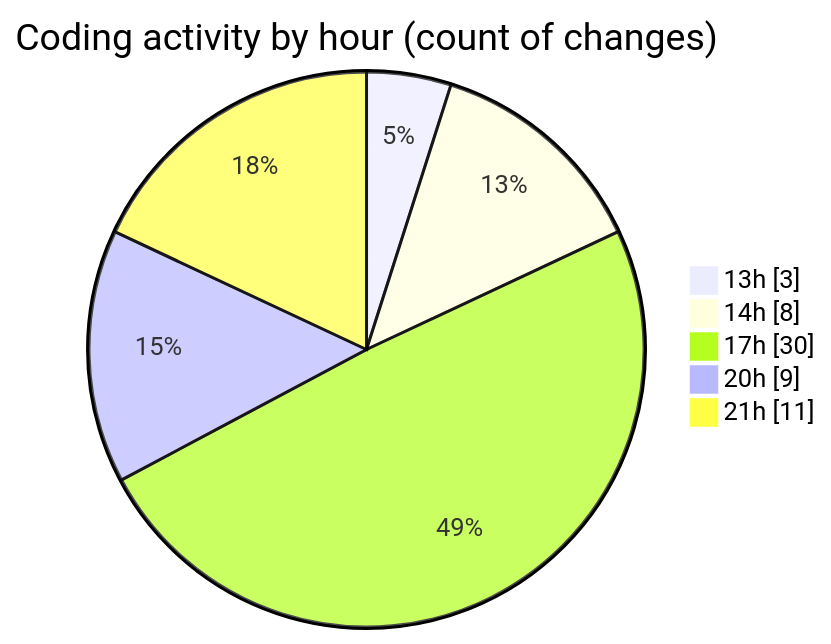
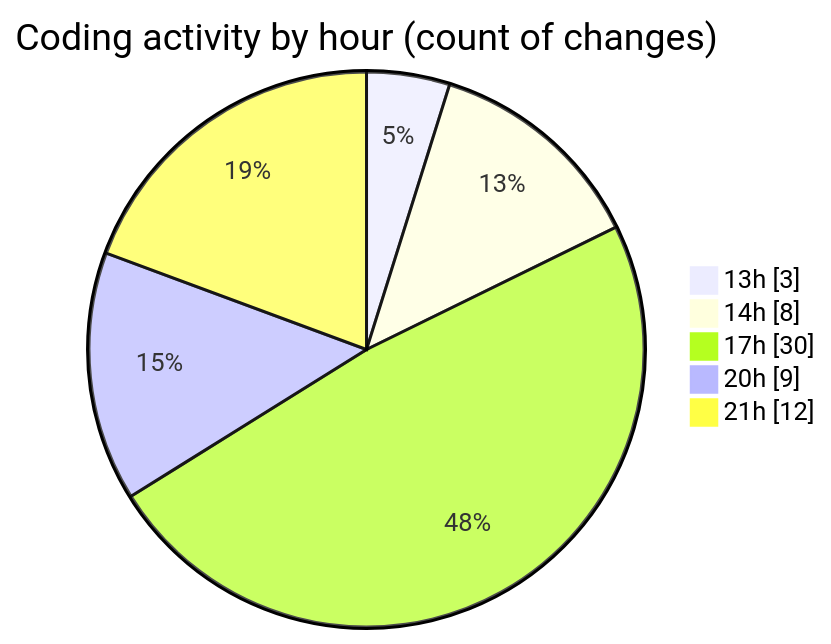
The second of 2 diagrams in 2025-02-04/recipe-page-main/README.md (NitaiMahat/code-tracking), drawn with Mermaid before and after one commit. The commit also changed other lines of this file and 1 other file, not shown here.

````diff
--- a/2025-02-04/recipe-page-main/README.md
+++ b/2025-02-04/recipe-page-main/README.md
@@ -30,9 +30,9 @@
 ```mermaid
 pie showData
 title Coding activity by hour (count of changes)
 "13h" : 3
 "14h" : 8
 "17h" : 30
 "20h" : 9
-"21h" : 11
+"21h" : 12
 ```
````
